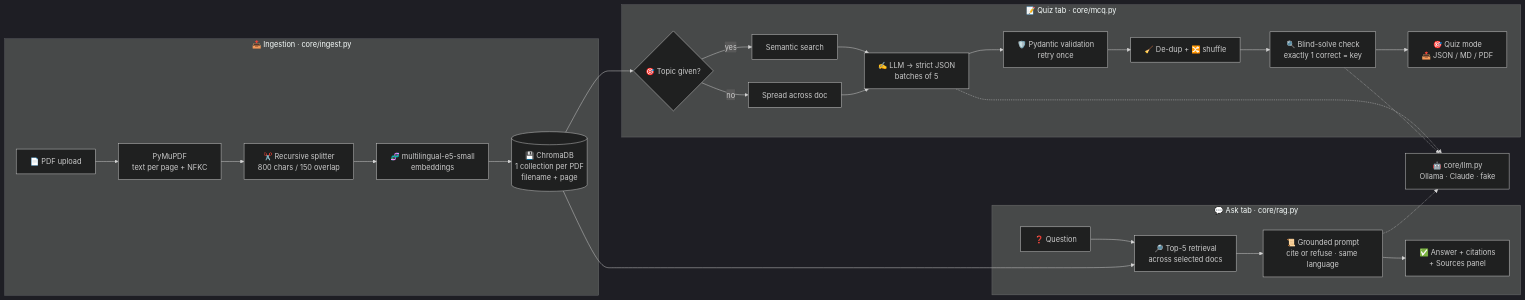
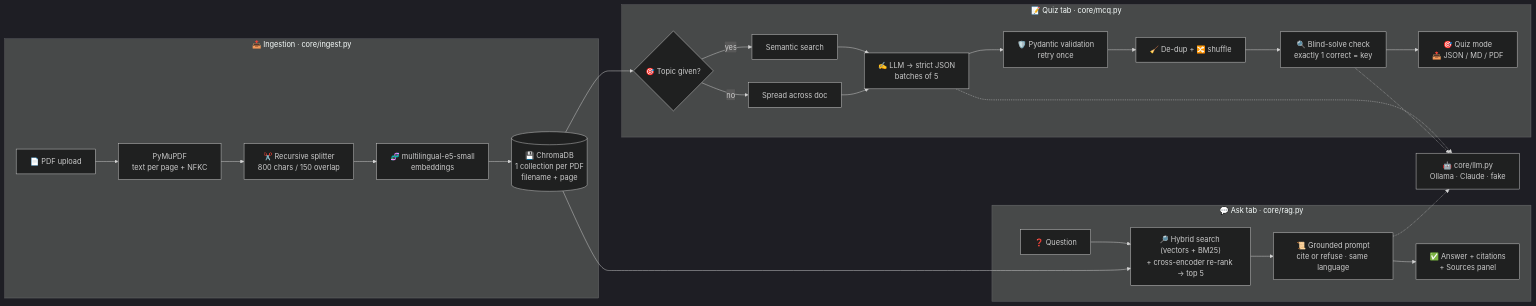
Before and after one commit to MarwanMohamedSaeed/Study-RAG: the diagram in README.md, drawn with Mermaid (dark theme). The commit also changed other lines of this file and 21 other files, not shown here.

First line of the commit message:
Phase 3: benchmark, hybrid search + re-ranking, citation check

````diff
--- a/README.md
+++ b/README.md
@@ -176,33 +179,33 @@
 ```mermaid
 flowchart LR
     subgraph Ingestion["📥 Ingestion · core/ingest.py"]
         A["📄 PDF upload"] --> B["PyMuPDF<br/>text per page + NFKC"]
         B --> C["✂️ Recursive splitter<br/>800 chars / 150 overlap"]
         C --> D["🧬 multilingual-e5-small<br/>embeddings"]
         D --> E[("💾 ChromaDB<br/>1 collection per PDF<br/>filename + page")]
     end
 
     subgraph QA["💬 Ask tab · core/rag.py"]
-        Q["❓ Question"] --> R["🔎 Top-5 retrieval<br/>across selected docs"]
+        Q["❓ Question"] --> R["🔎 Hybrid search (vectors + BM25)<br/>+ cross-encoder re-rank → top 5"]
         E --> R
         R --> P["📜 Grounded prompt<br/>cite or refuse · same language"]
         P --> ANS["✅ Answer + citations<br/>+ Sources panel"]
     end
 
     subgraph MCQ["📝 Quiz tab · core/mcq.py"]
         S{"🎯 Topic given?"}
         E --> S
         S -- yes --> S1["Semantic search"]
         S -- no --> S2["Spread across doc"]
         S1 --> G["✍️ LLM → strict JSON<br/>batches of 5"]
         S2 --> G
         G --> V["🛡️ Pydantic validation<br/>retry once"]
         V --> DD["🧹 De-dup + 🔀 shuffle"]
         DD --> BS["🔍 Blind-solve check<br/>exactly 1 correct = key"]
         BS --> QZ["🎯 Quiz mode<br/>📤 JSON / MD / PDF"]
     end
 
     P -.-> LLM["🤖 core/llm.py<br/>Ollama · Claude · fake"]
     G -.-> LLM
     BS -.-> LLM
 ```
````
